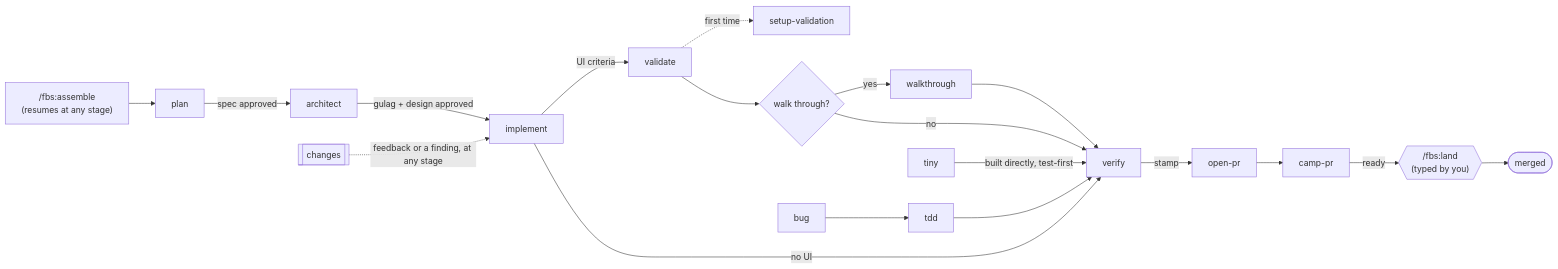
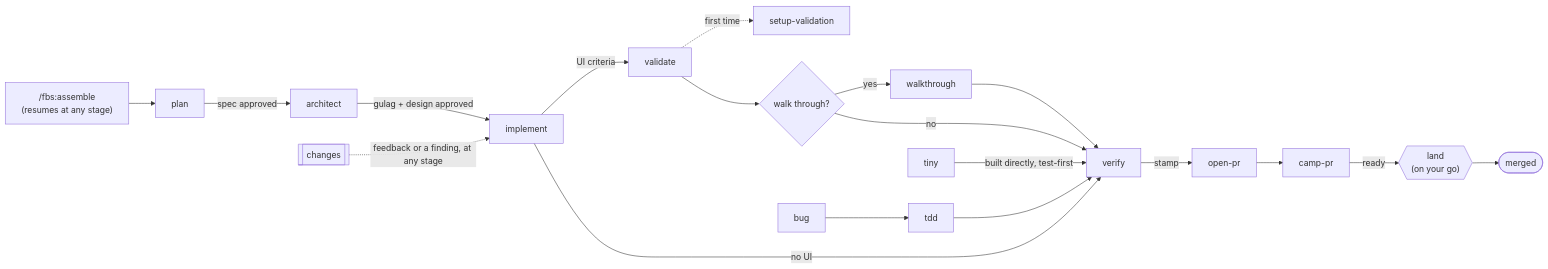
The diagram in docs/how-it-works.md (fabricio21x/fbs), drawn with Mermaid before and after one commit. The commit also changed 31 other files, not shown here.

````diff
--- a/docs/how-it-works.md
+++ b/docs/how-it-works.md
@@ -9,17 +9,17 @@
 ```mermaid
 flowchart LR
   A["/fbs:assemble<br/>(resumes at any stage)"] --> P[plan]
   P -->|spec approved| AR[architect]
   AR -->|gulag + design approved| I[implement]
   I -->|UI criteria| V[validate]
   V -.->|first time| SV[setup-validation]
   I -->|no UI| VE[verify]
   V --> W{walk through?}
   W -->|yes| WT[walkthrough] --> VE
   W -->|no| VE
   VE -->|stamp| OP[open-pr] --> CP[camp-pr]
-  CP -->|ready| L{{"/fbs:land<br/>(typed by you)"}} --> M([merged])
+  CP -->|ready| L{{"land<br/>(on your go)"}} --> M([merged])
   C[[changes]] -.->|feedback or a finding, at any stage| I
   B[bug] --> T[tdd] --> VE
   TI[tiny] -->|built directly, test-first| VE
 ```
````
